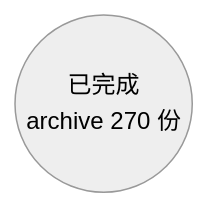
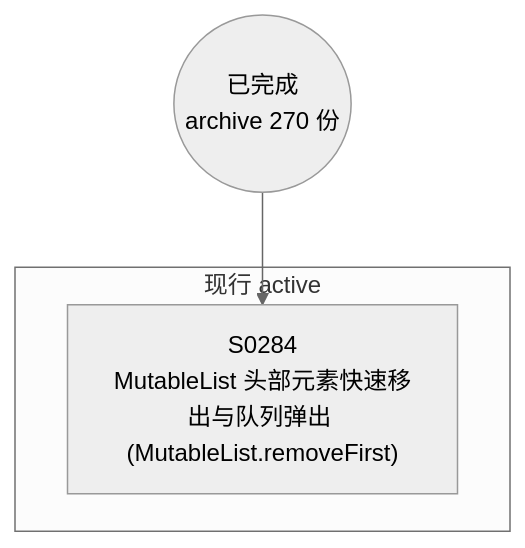
The diagram in docs/specs/dependency-graph.md (Halckon/Koven), drawn with Mermaid (neutral theme) before and after one commit. The commit also changed other lines of this file and 6 other files, not shown here.

Commit message:
docs(spec-0284): define MutableList.removeFirst contract and topology (SPEC-0284)

````diff
--- a/docs/specs/dependency-graph.md
+++ b/docs/specs/dependency-graph.md
@@ -9,4 +9,8 @@
 ```mermaid
 flowchart TD
 ARCH(("已完成<br/>archive 270 份"))
+subgraph Gactive["现行 active"]
+  S0284["S0284<br/>MutableList 头部元素快速移出与队列弹出 (MutableList.removeFirst)"]
+end
+ARCH --> S0284
 ```
````
